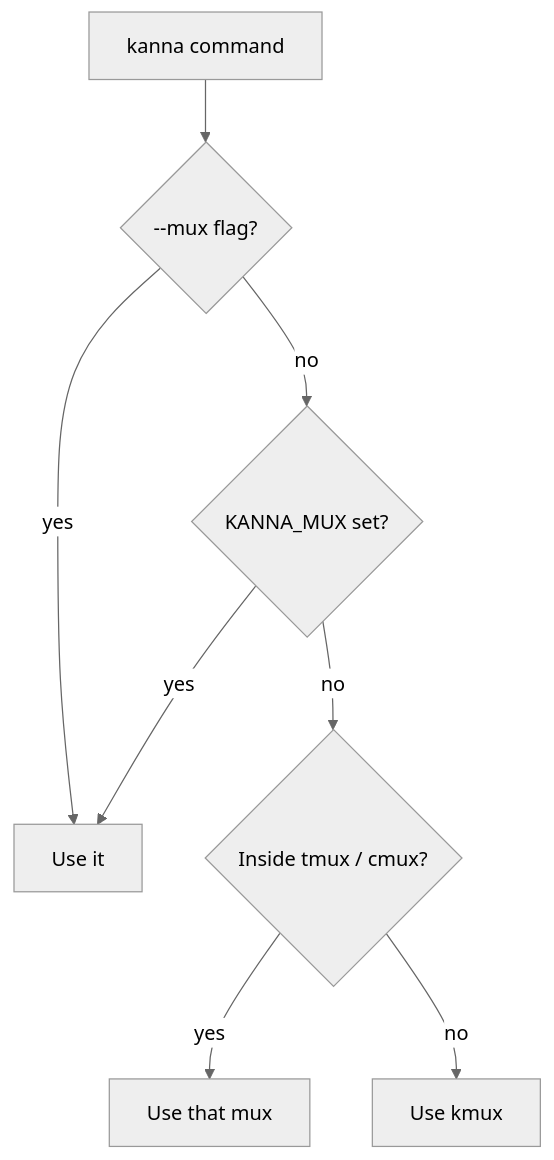
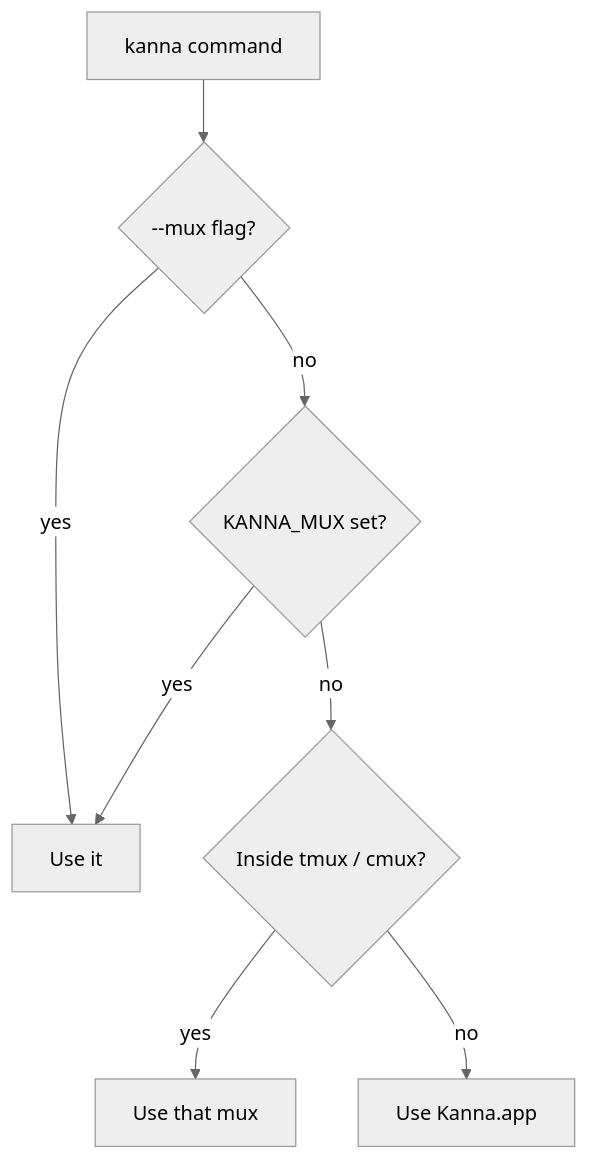
One commit to jemdiggity/kanna-v4 changed the third of 5 diagrams in docs/kanna-spec.md. Above: the diagram before and after it, drawn with Mermaid (neutral theme). The commit also changed other lines of this file and 13 other files, not shown here.

First line of the commit message:
Kanna.app: kanna launches its own build of kmux

````diff
--- a/docs/kanna-spec.md
+++ b/docs/kanna-spec.md
@@ -114,10 +116,10 @@
 ```mermaid
 flowchart TD
     A["kanna command"] --> B{"--mux flag?"}
     B -- yes --> Z["Use it"]
     B -- no --> C{"KANNA_MUX set?"}
     C -- yes --> Z
     C -- no --> D{"Inside tmux / cmux?"}
     D -- yes --> E["Use that mux"]
-    D -- no --> F["Use kmux"]
+    D -- no --> F["Use Kanna.app"]
 ```
````
